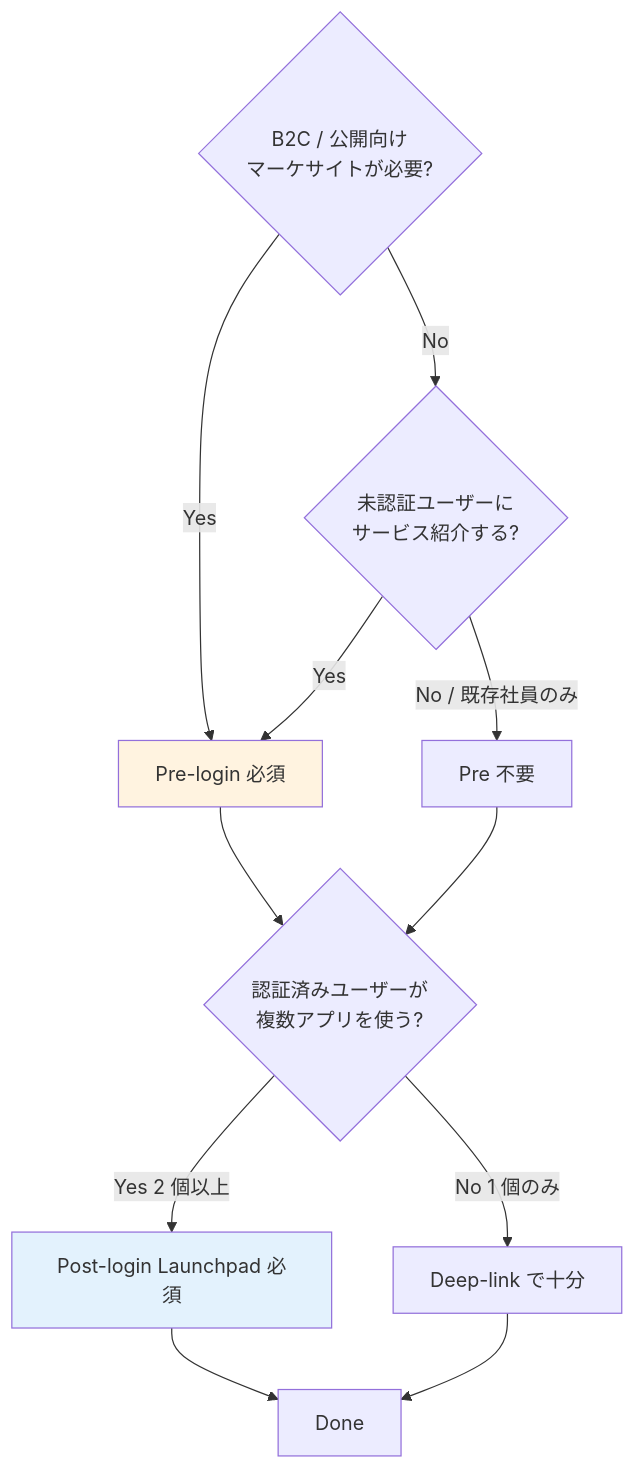
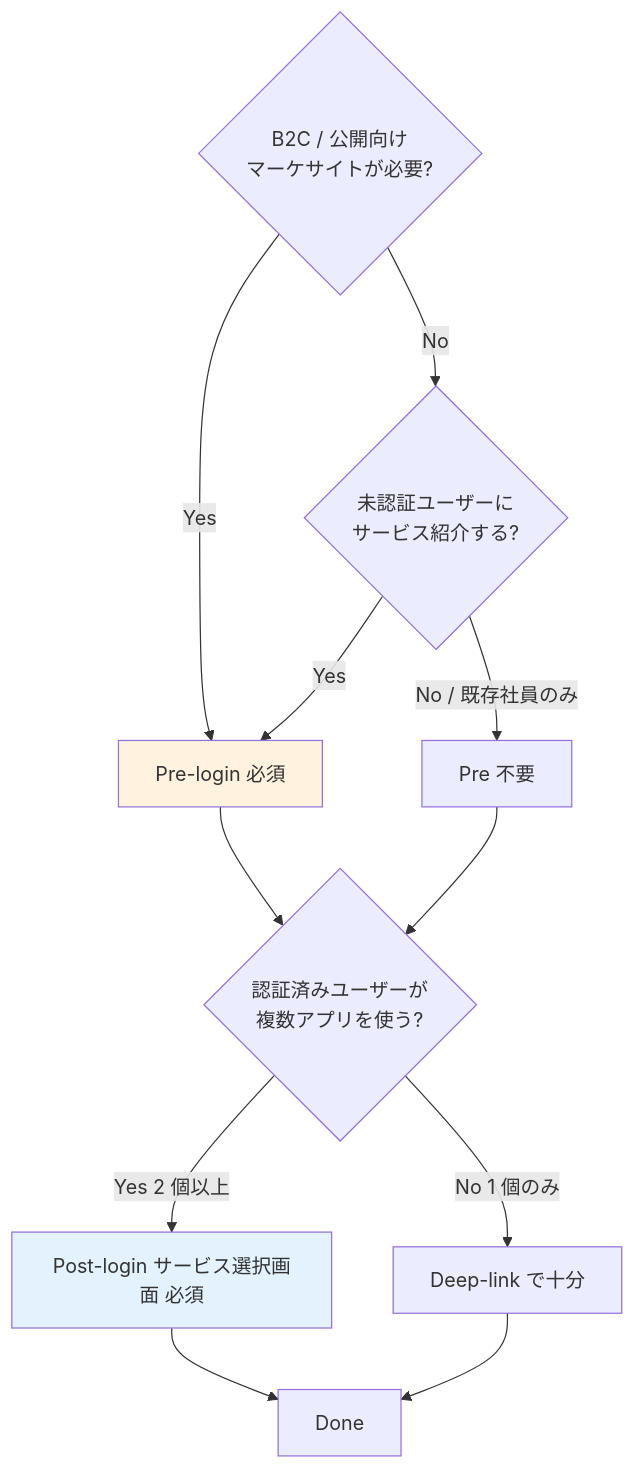
Before and after one commit to suepie/aws-atuh-poc: the second of 4 diagrams in doc/adr/021-post-login-landing-ux.md, drawn with Mermaid. The commit also changed other lines of this file and 53 other files, not shown here.

````diff
--- a/doc/adr/021-post-login-landing-ux.md
+++ b/doc/adr/021-post-login-landing-ux.md
@@ -108,23 +108,23 @@
 ```mermaid
 flowchart TB
     Q1{B2C / 公開向け<br/>マーケサイトが必要?}
     Q1 -->|Yes| Pre[Pre-login 必須]
     Q1 -->|No| Q2
 
     Q2{未認証ユーザーに<br/>サービス紹介する?}
     Q2 -->|Yes| Pre
     Q2 -->|No / 既存社員のみ| Skip[Pre 不要]
 
     Pre --> Q3
     Skip --> Q3
 
     Q3{認証済みユーザーが<br/>複数アプリを使う?}
-    Q3 -->|Yes 2 個以上| Post[Post-login Launchpad 必須]
+    Q3 -->|Yes 2 個以上| Post[Post-login サービス選択画面 必須]
     Q3 -->|No 1 個のみ| NoPost[Deep-link で十分]
 
     Post --> Done
     NoPost --> Done
 
     style Pre fill:#fff3e0
     style Post fill:#e3f2fd
 ```
````
